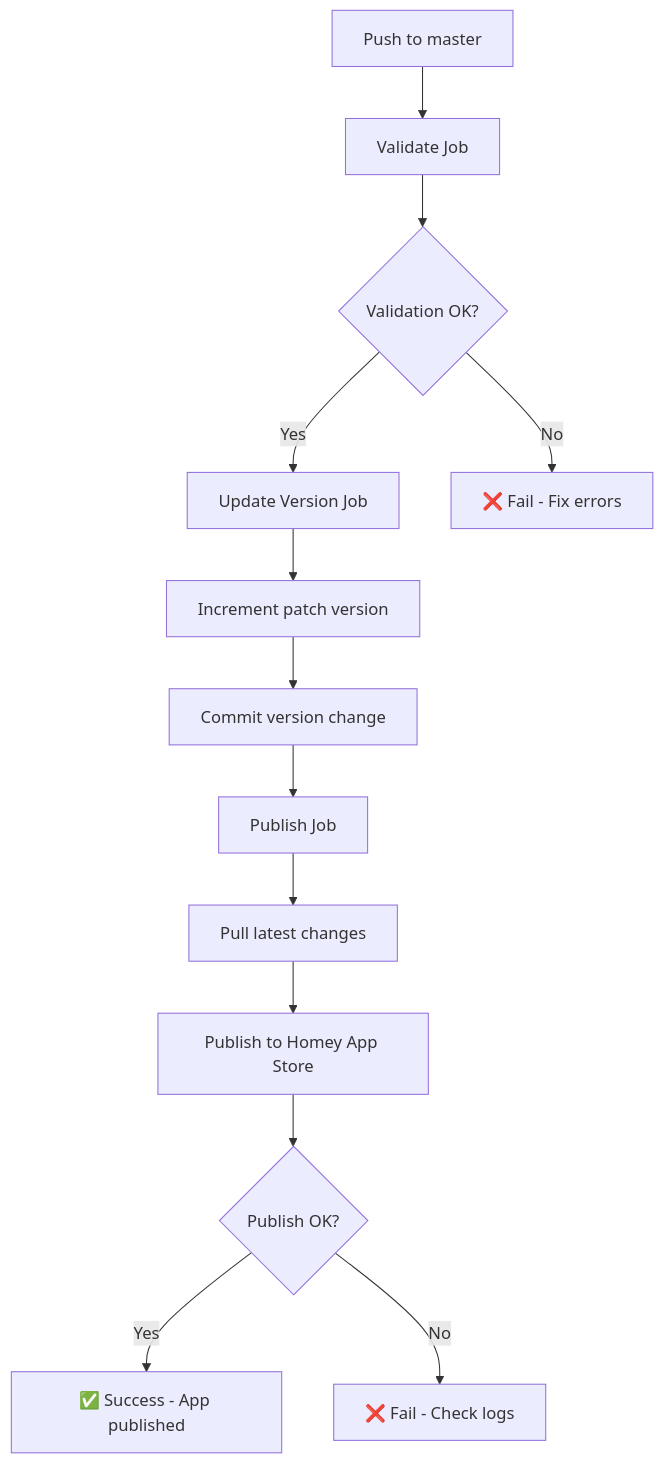
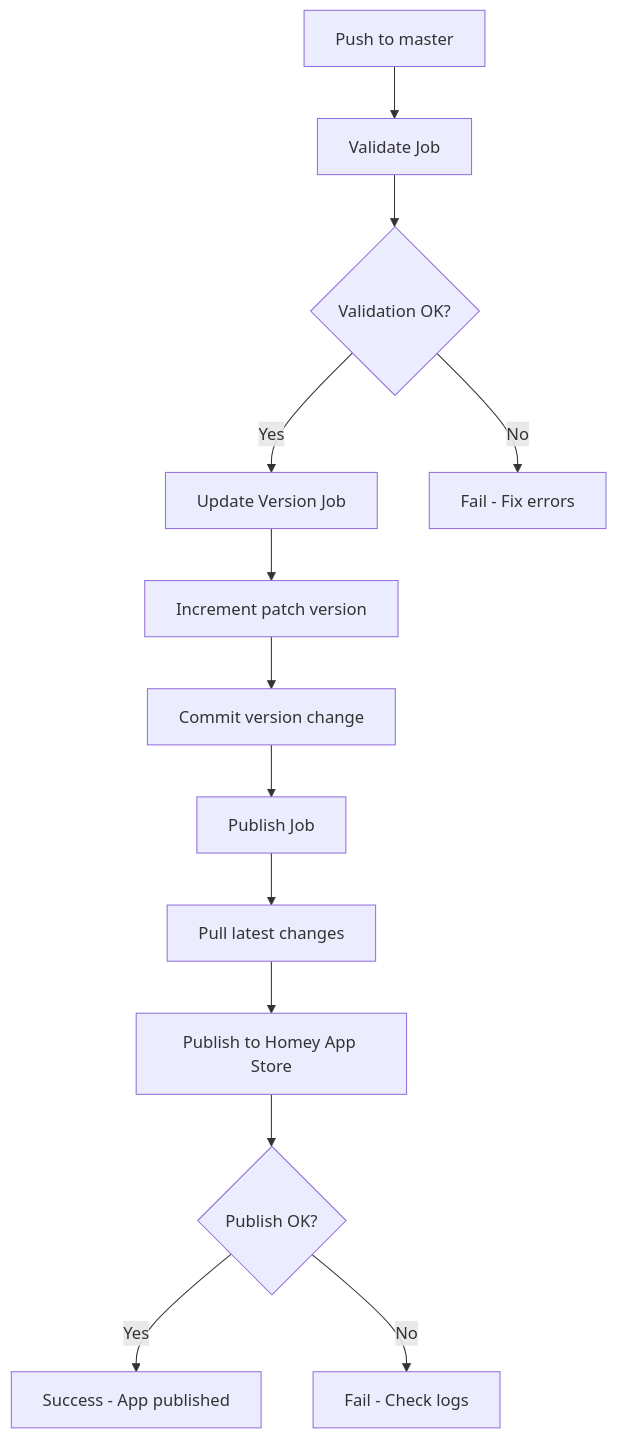
The diagram in docs/workflows/OFFICIAL_WORKFLOWS_README.md (dlnraja/com.tuya.zigbee), drawn with Mermaid before and after one commit. The commit also changed other lines of this file and 2379 other files, not shown here.

````diff
--- a/docs/workflows/OFFICIAL_WORKFLOWS_README.md
+++ b/docs/workflows/OFFICIAL_WORKFLOWS_README.md
@@ -134,15 +134,15 @@
 ```mermaid
 graph TD
     A[Push to master] --> B[Validate Job]
     B --> C{Validation OK?}
     C -->|Yes| D[Update Version Job]
-    C -->|No| E[❌ Fail - Fix errors]
+    C -->|No| E[ Fail - Fix errors]
     D --> F[Increment patch version]
     F --> G[Commit version change]
     G --> H[Publish Job]
     H --> I[Pull latest changes]
     I --> J[Publish to Homey App Store]
     J --> K{Publish OK?}
-    K -->|Yes| L[✅ Success - App published]
-    K -->|No| M[❌ Fail - Check logs]
+    K -->|Yes| L[ Success - App published]
+    K -->|No| M[ Fail - Check logs]
 ```
````
